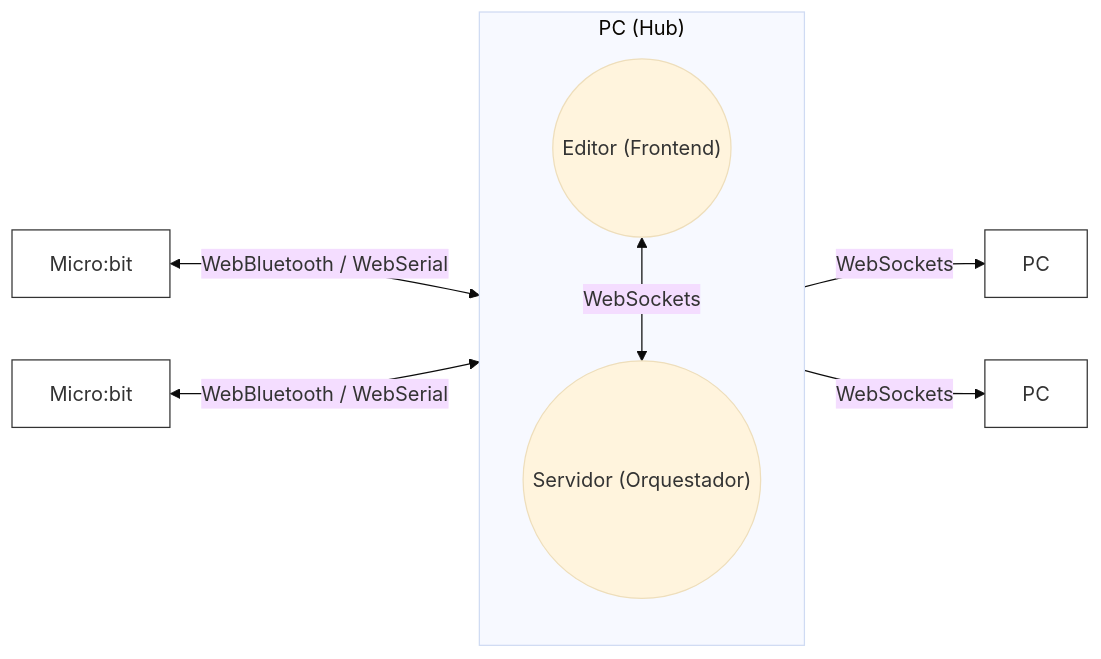
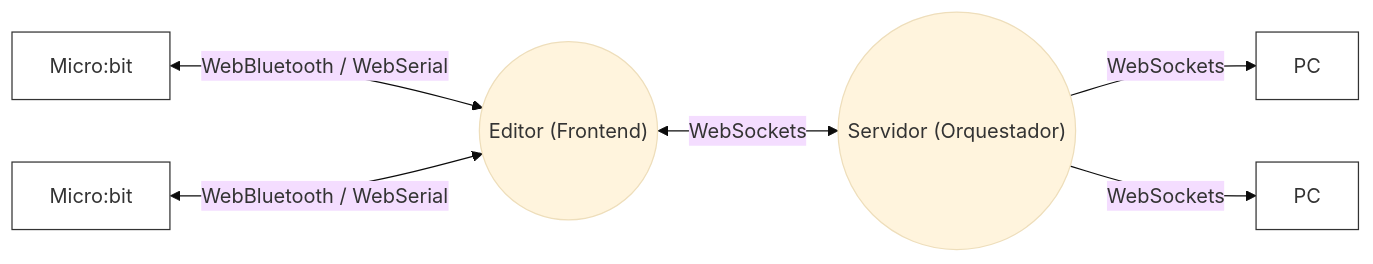
Before and after one commit to gabrielmj23/dataflow-project: the diagram in docs/ws-orchestrator-architecture.mermaid, drawn with Mermaid (base theme). The commit also changed 2 other files, not shown here.

Commit message:
Add ERD diagram and update orchestrator architecture documentation
- Created a new ERD diagram in `erd.mermaid` to represent the relationships between users, projects, custom nodes, extensions, and password reset codes.
- Updated `ws-orchestrator-architecture.mermaid` to simplify the architecture diagram by removing the subgraph for the PC (Hub) and directly placing the Editor and Server nodes.

```diff
--- a/docs/ws-orchestrator-architecture.mermaid
+++ b/docs/ws-orchestrator-architecture.mermaid
@@ -1,23 +1,20 @@
 flowchart LR
   %% Arquitectura: Editor, Servidor (Orquestador), Micro:bit y PCs remotos
   classDef device fill:#fff,stroke:#333,stroke-width:1px;
 
-  subgraph Hub["PC (Hub)"]
-    direction TB
-    Editor(("Editor (Frontend)"))
-    Server(("Servidor (Orquestador)"))
-  end
+  Editor(("Editor (Frontend)"))
+  Server(("Servidor (Orquestador)"))
 
   MicroA["Micro:bit"]:::device
   MicroB["Micro:bit"]:::device
   PC1["PC"]:::device
   PC2["PC"]:::device
 
   %% Conexiones
   MicroA <--> |"WebBluetooth / WebSerial"| Editor
   MicroB <--> |"WebBluetooth / WebSerial"| Editor
 
   Editor <--> |"WebSockets"| Server
 
   Server --> |"WebSockets"| PC1
   Server --> |"WebSockets"| PC2
```
